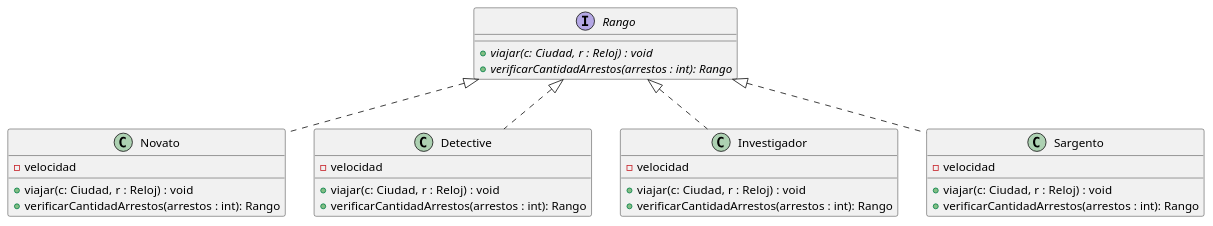
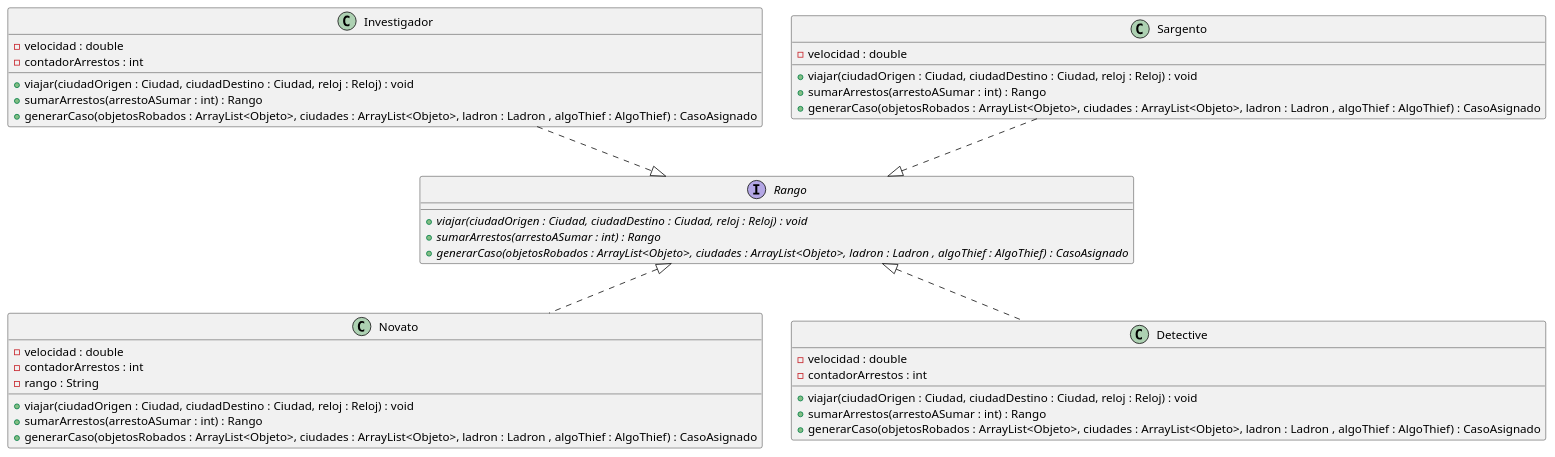
One commit to martinanus/algo3_tp2 changed the diagram in diagrams/classes/diagrama_clases_rangos.puml. Above: the diagram before and after it, drawn with PlantUML.

Commit message:
Se actualizan diagramas de rango

```diff
--- a/diagrams/classes/diagrama_clases_rangos.puml
+++ b/diagrams/classes/diagrama_clases_rangos.puml
@@ -1,37 +1,46 @@
 @startuml
 
 interface Rango {
-    {abstract} + viajar(c: Ciudad,  r : Reloj) : void
-    + {abstract} verificarCantidadArrestos(arrestos : int): Rango
+    {abstract} +viajar(ciudadOrigen : Ciudad, ciudadDestino : Ciudad, reloj : Reloj) : void
+    {abstract} +sumarArrestos(arrestoASumar : int) : Rango
+    {abstract} +generarCaso(objetosRobados : ArrayList<Objeto>, ciudades : ArrayList<Objeto>, ladron : Ladron , algoThief : AlgoThief) : CasoAsignado
 }
 
 class Novato {
-    - velocidad
-    + viajar(c: Ciudad,  r : Reloj) : void
-    + verificarCantidadArrestos(arrestos : int): Rango
+    -velocidad : double
+    -contadorArrestos : int
+    -rango : String
+    +viajar(ciudadOrigen : Ciudad, ciudadDestino : Ciudad, reloj : Reloj) : void
+    +sumarArrestos(arrestoASumar : int) : Rango
+    +generarCaso(objetosRobados : ArrayList<Objeto>, ciudades : ArrayList<Objeto>, ladron : Ladron , algoThief : AlgoThief) : CasoAsignado
 }
 
 class Detective {
-    - velocidad
-    + viajar(c: Ciudad,  r : Reloj) : void
-    + verificarCantidadArrestos(arrestos : int): Rango
+    -velocidad : double
+    -contadorArrestos : int
+    +viajar(ciudadOrigen : Ciudad, ciudadDestino : Ciudad, reloj : Reloj) : void
+    +sumarArrestos(arrestoASumar : int) : Rango
+    +generarCaso(objetosRobados : ArrayList<Objeto>, ciudades : ArrayList<Objeto>, ladron : Ladron , algoThief : AlgoThief) : CasoAsignado
 }
 
 class Investigador {
-    - velocidad
-    + viajar(c: Ciudad,  r : Reloj) : void
-    + verificarCantidadArrestos(arrestos : int): Rango
+    -velocidad : double
+    -contadorArrestos : int
+    +viajar(ciudadOrigen : Ciudad, ciudadDestino : Ciudad, reloj : Reloj) : void
+    +sumarArrestos(arrestoASumar : int) : Rango
+    +generarCaso(objetosRobados : ArrayList<Objeto>, ciudades : ArrayList<Objeto>, ladron : Ladron , algoThief : AlgoThief) : CasoAsignado
 }
 
 class Sargento{
-    - velocidad
-    + viajar(c: Ciudad,  r : Reloj) : void
-    + verificarCantidadArrestos(arrestos : int): Rango
+    -velocidad : double
+    +viajar(ciudadOrigen : Ciudad, ciudadDestino : Ciudad, reloj : Reloj) : void
+    +sumarArrestos(arrestoASumar : int) : Rango
+    +generarCaso(objetosRobados : ArrayList<Objeto>, ciudades : ArrayList<Objeto>, ladron : Ladron , algoThief : AlgoThief) : CasoAsignado
 }
 
 Novato ..up|> Rango
 Detective ..up|> Rango
-Investigador ..up|> Rango
-Sargento ..up|> Rango
+Investigador ..down|> Rango
+Sargento ..down|> Rango
 
 @enduml
```
